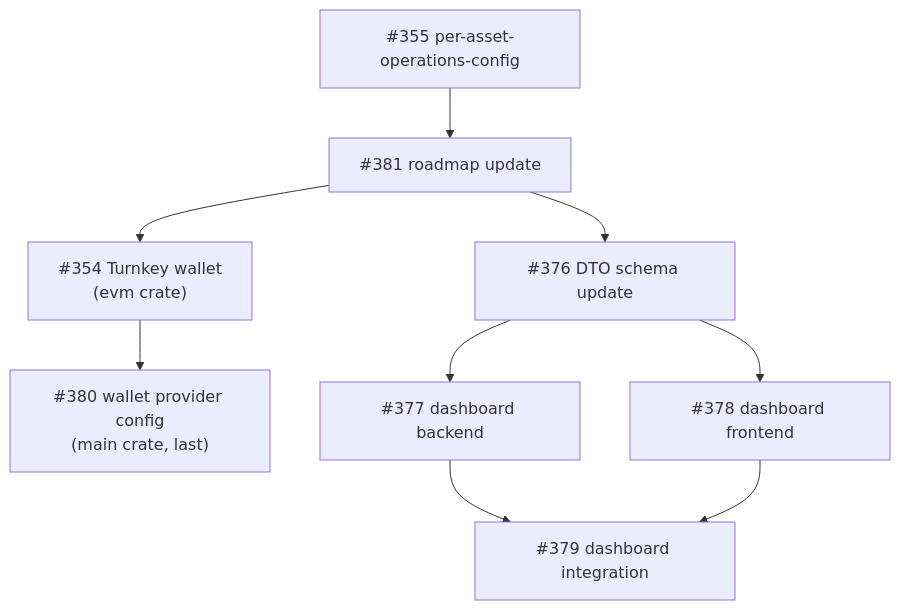
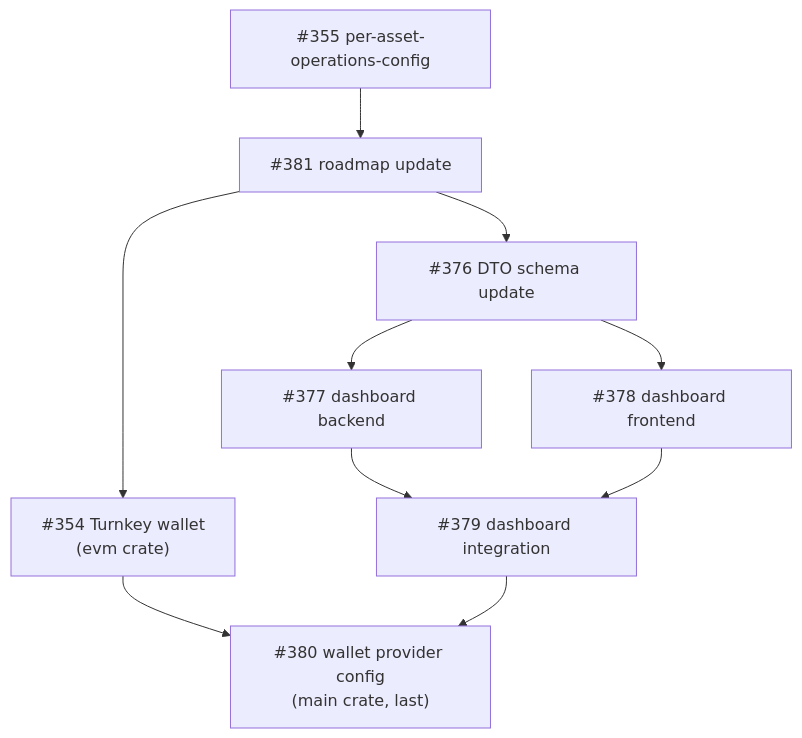
Before and after one commit to ST0x-Technology/st0x.liquidity: the diagram in ROADMAP.md, drawn with Mermaid. The commit also changed other lines of this file and 1 other file, not shown here.

````diff
--- a/ROADMAP.md
+++ b/ROADMAP.md
@@ -11,11 +11,12 @@
 ```mermaid
 graph TD
     A["#355 per-asset-operations-config"] --> B["#381 roadmap update"]
     B --> C["#354 Turnkey wallet<br/>(evm crate)"]
     B --> D["#376 DTO schema update"]
-    C --> E["#380 wallet provider config<br/>(main crate, last)"]
     D --> F["#377 dashboard backend"]
     D --> G["#378 dashboard frontend"]
     F --> H["#379 dashboard integration"]
     G --> H
+    C --> E["#380 wallet provider config<br/>(main crate, last)"]
+    H --> E
 ```
````
